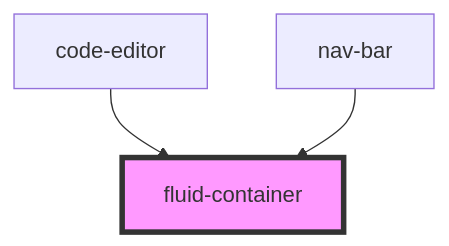
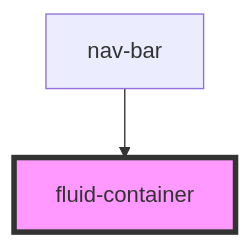
Before and after one commit to techvariable/NeptuneConnectComponents: the diagram in src/components/fluid-container/readme.md, drawn with Mermaid. The commit also changed other lines of this file and 13 other files, not shown here.

````diff
--- a/src/components/fluid-container/readme.md
+++ b/src/components/fluid-container/readme.md
@@ -23,6 +22,5 @@
 ```mermaid
 graph TD;
-  code-editor --> fluid-container
   nav-bar --> fluid-container
   style fluid-container fill:#f9f,stroke:#333,stroke-width:4px
 ```
````
